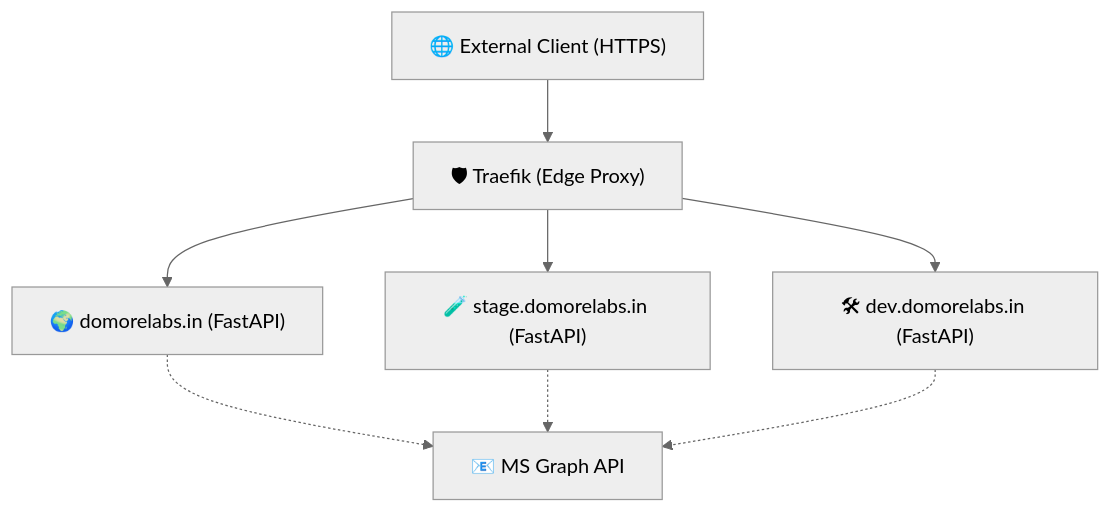
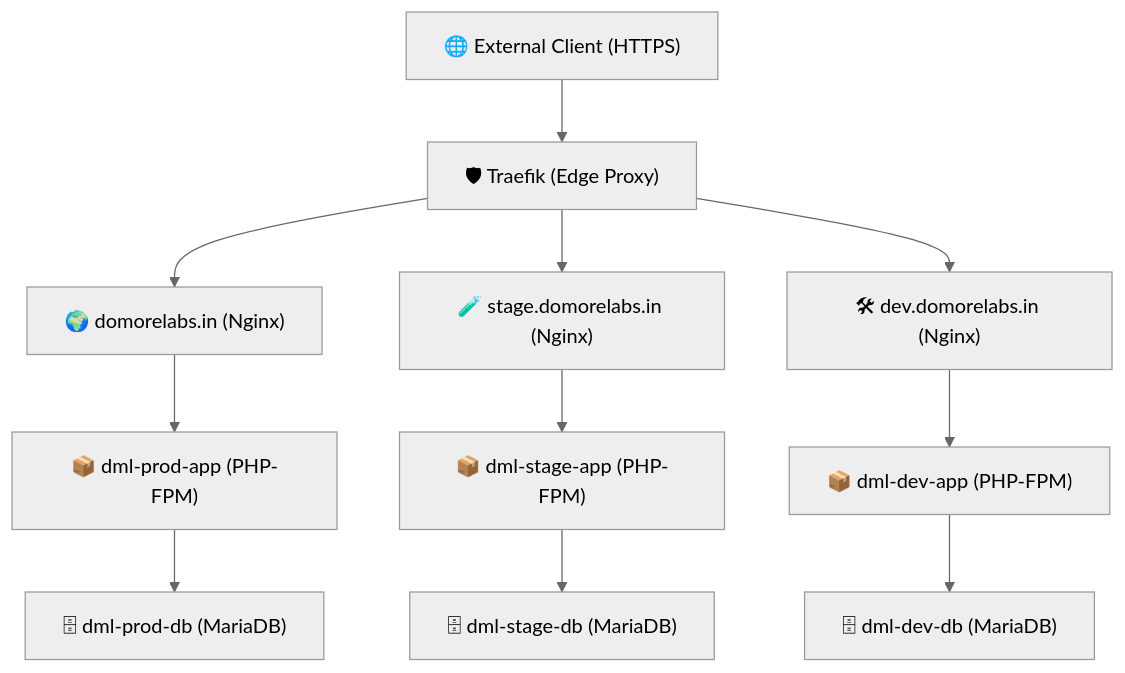
One commit to dhisomu/second-brain changed the diagram in domorelabs.in/system_architecture.md. Above: the diagram before and after it, drawn with Mermaid (neutral theme). The commit also changed other lines of this file, not shown here.

Commit message:
docs: update system architecture to document transition from FastAPI to Moodle stack

````diff
--- a/domorelabs.in/system_architecture.md
+++ b/domorelabs.in/system_architecture.md
@@ -9,12 +9,16 @@
 ```mermaid
 graph TD
     Client["🌐 External Client (HTTPS)"] --> Traefik["🛡 Traefik (Edge Proxy)"]
     
-    Traefik --> Prod["🌍 domorelabs.in (FastAPI)"]
-    Traefik --> Stage["🧪 stage.domorelabs.in (FastAPI)"]
-    Traefik --> Dev["🛠 dev.domorelabs.in (FastAPI)"]
+    Traefik --> NginxProd["🌍 domorelabs.in (Nginx)"]
+    Traefik --> NginxStage["🧪 stage.domorelabs.in (Nginx)"]
+    Traefik --> NginxDev["🛠 dev.domorelabs.in (Nginx)"]
     
-    Prod -.-> MSGraph["📧 MS Graph API"]
-    Stage -.-> MSGraph
-    Dev -.-> MSGraph
+    NginxProd --> AppProd["📦 dml-prod-app (PHP-FPM)"]
+    NginxStage --> AppStage["📦 dml-stage-app (PHP-FPM)"]
+    NginxDev --> AppDev["📦 dml-dev-app (PHP-FPM)"]
+    
+    AppProd --> DBProd["🗄 dml-prod-db (MariaDB)"]
+    AppStage --> DBStage["🗄 dml-stage-db (MariaDB)"]
+    AppDev --> DBDev["🗄 dml-dev-db (MariaDB)"]
 ```
````
